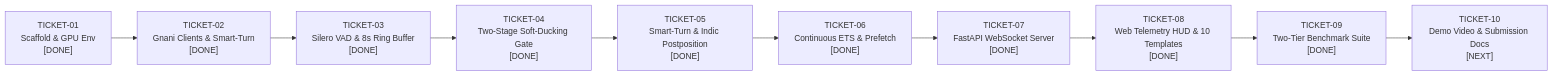
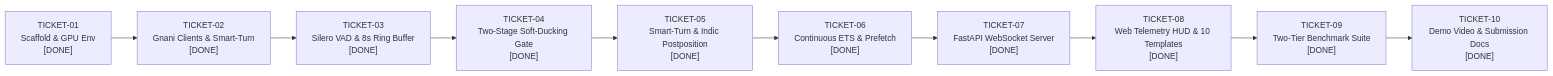
One commit to iSHAANphaye/Gnani-Vartalaap changed the diagram in docs/5_FEATURE_TICKETS.md. Above: the diagram before and after it, drawn with Mermaid. The commit also changed other lines of this file and 3 other files, not shown here.

Commit message:
added production readme, quantitative benchmark showcase, and demo video script

````diff
--- a/docs/5_FEATURE_TICKETS.md
+++ b/docs/5_FEATURE_TICKETS.md
@@ -26,12 +26,12 @@
 ```mermaid
 flowchart LR
     T01["TICKET-01\nScaffold & GPU Env\n[DONE]"] --> T02["TICKET-02\nGnani Clients & Smart-Turn\n[DONE]"]
     T02 --> T03["TICKET-03\nSilero VAD & 8s Ring Buffer\n[DONE]"]
     T03 --> T04["TICKET-04\nTwo-Stage Soft-Ducking Gate\n[DONE]"]
     T04 --> T05["TICKET-05\nSmart-Turn & Indic Postposition\n[DONE]"]
     T05 --> T06["TICKET-06\nContinuous ETS & Prefetch\n[DONE]"]
     T06 --> T07["TICKET-07\nFastAPI WebSocket Server\n[DONE]"]
     T07 --> T08["TICKET-08\nWeb Telemetry HUD & 10 Templates\n[DONE]"]
     T08 --> T09["TICKET-09\nTwo-Tier Benchmark Suite\n[DONE]"]
-    T09 --> T10["TICKET-10\nDemo Video & Submission Docs\n[NEXT]"]
+    T09 --> T10["TICKET-10\nDemo Video & Submission Docs\n[DONE]"]
 ```
````
